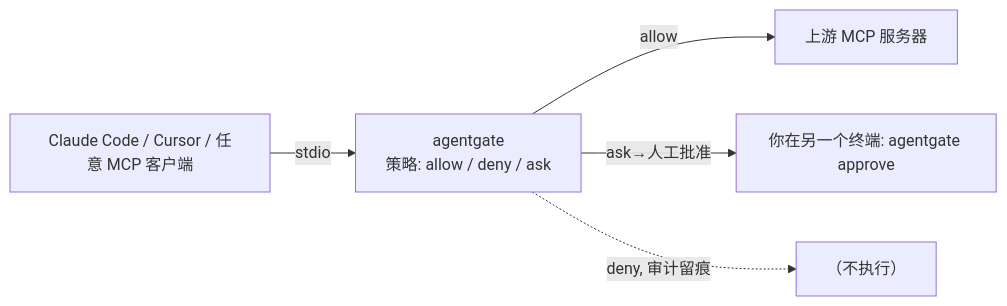
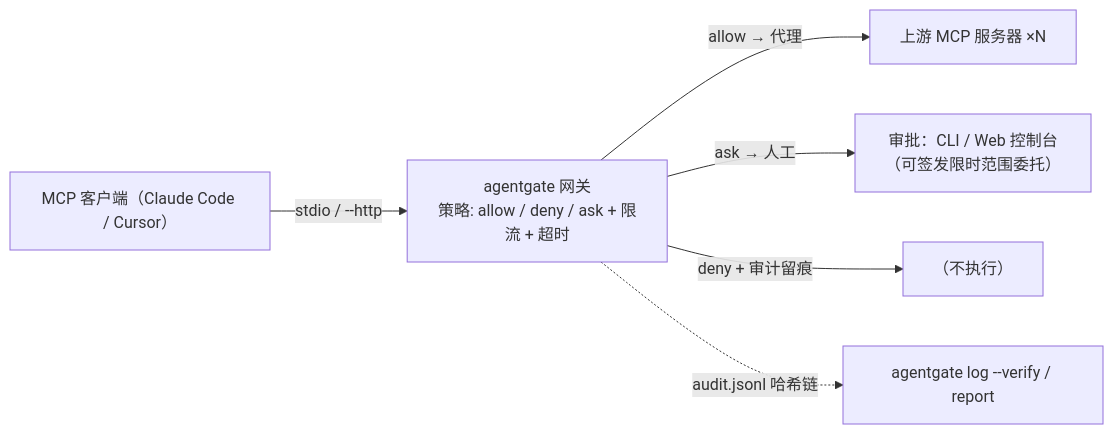
Before and after one commit to jxsword/agentgate: the diagram in README.md, drawn with Mermaid. The commit also changed 1 other file, not shown here.

Commit message:
docs: security.md v0.6 threat analysis (header identity, extends, locking); README diagram refresh

````diff
--- a/README.md
+++ b/README.md
@@ -9,7 +9,8 @@
 ```mermaid
 graph LR
-    CC[Claude Code / Cursor / 任意 MCP 客户端] -->|stdio| G["agentgate<br/>策略: allow / deny / ask"]
-    G -->|allow| U1[上游 MCP 服务器]
-    G -->|ask→人工批准| H[你在另一个终端: agentgate approve]
-    G -.->|deny, 审计留痕| U2[（不执行）]
+    CC["MCP 客户端（Claude Code / Cursor）"] -->|stdio / --http| G["agentgate 网关<br/>策略: allow / deny / ask + 限流 + 超时"]
+    G -->|"allow → 代理"| U[上游 MCP 服务器 ×N]
+    G -->|"ask → 人工"| H["审批：CLI / Web 控制台<br/>（可签发限时范围委托）"]
+    G -->|deny + 审计留痕| X[（不执行）]
+    G -.->|audit.jsonl 哈希链| A["agentgate log --verify / report"]
 ```
````
